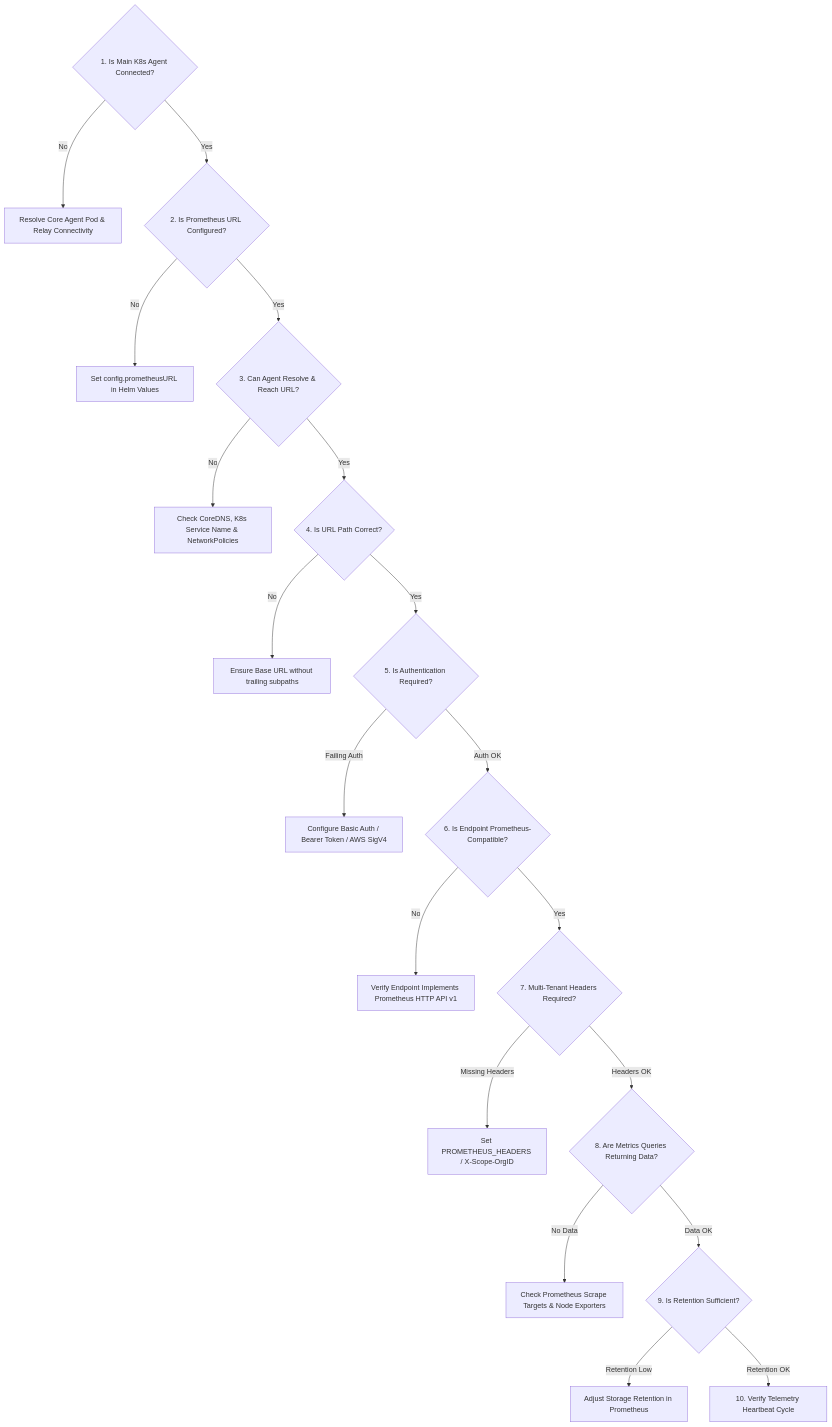
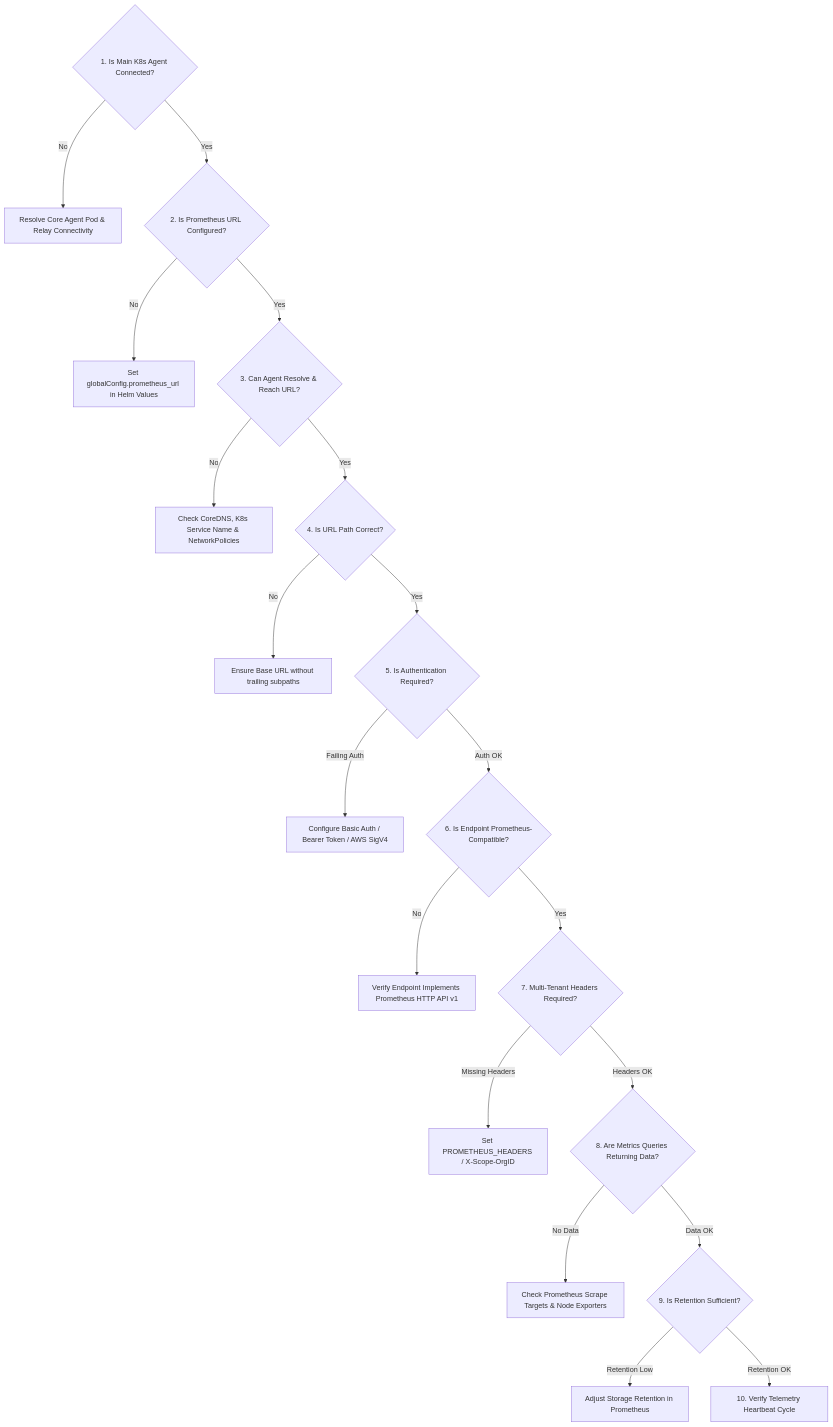
One commit to nudgebee/nudgebee-docs changed the diagram in doc-server/docs/installation/agent/connect/prometheus-troubleshooting.md. Above: the diagram before and after it, drawn with Mermaid. The commit also changed other lines of this file and 28 other files, not shown here.

````diff
--- a/doc-server/docs/installation/agent/connect/prometheus-troubleshooting.md
+++ b/doc-server/docs/installation/agent/connect/prometheus-troubleshooting.md
@@ -37,29 +36,29 @@
 ```mermaid
 flowchart TD
     Step1{1. Is Main K8s Agent Connected?} -->|No| Fix1[Resolve Core Agent Pod & Relay Connectivity]
     Step1 -->|Yes| Step2{2. Is Prometheus URL Configured?}
 
-    Step2 -->|No| Fix2[Set config.prometheusURL in Helm Values]
+    Step2 -->|No| Fix2[Set globalConfig.prometheus_url in Helm Values]
     Step2 -->|Yes| Step3{3. Can Agent Resolve & Reach URL?}
 
     Step3 -->|No| Fix3[Check CoreDNS, K8s Service Name & NetworkPolicies]
     Step3 -->|Yes| Step4{4. Is URL Path Correct?}
 
     Step4 -->|No| Fix4[Ensure Base URL without trailing subpaths]
     Step4 -->|Yes| Step5{5. Is Authentication Required?}
 
     Step5 -->|Failing Auth| Fix5[Configure Basic Auth / Bearer Token / AWS SigV4]
     Step5 -->|Auth OK| Step6{6. Is Endpoint Prometheus-Compatible?}
 
     Step6 -->|No| Fix6[Verify Endpoint Implements Prometheus HTTP API v1]
     Step6 -->|Yes| Step7{7. Multi-Tenant Headers Required?}
 
     Step7 -->|Missing Headers| Fix7[Set PROMETHEUS_HEADERS / X-Scope-OrgID]
     Step7 -->|Headers OK| Step8{8. Are Metrics Queries Returning Data?}
 
     Step8 -->|No Data| Fix8[Check Prometheus Scrape Targets & Node Exporters]
     Step8 -->|Data OK| Step9{9. Is Retention Sufficient?}
 
     Step9 -->|Retention Low| Fix9[Adjust Storage Retention in Prometheus]
     Step9 -->|Retention OK| Step10[10. Verify Telemetry Heartbeat Cycle]
 ```
````
